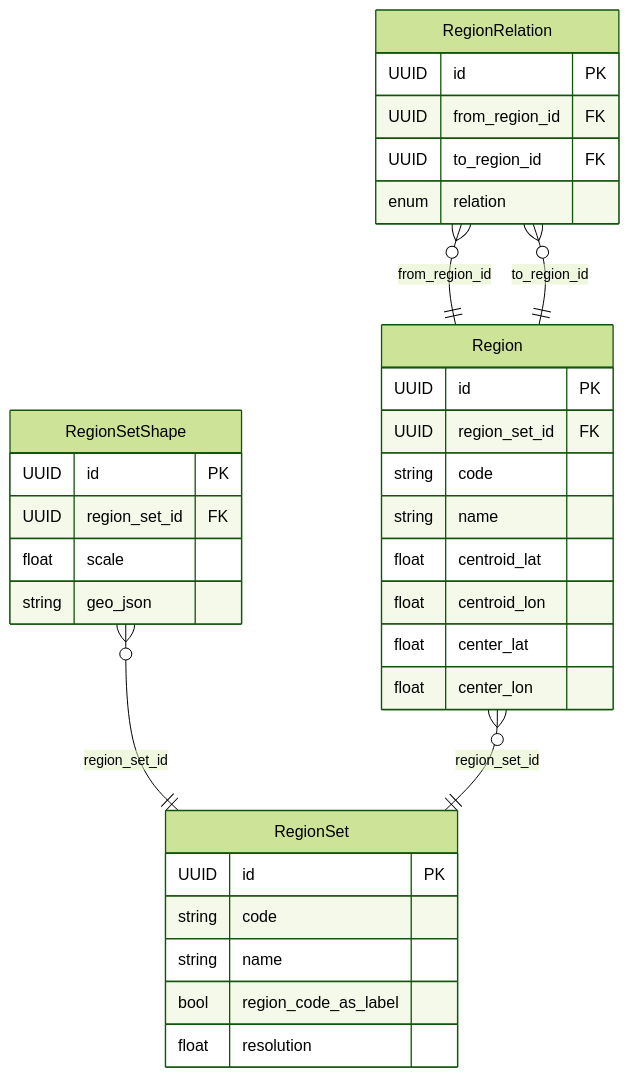
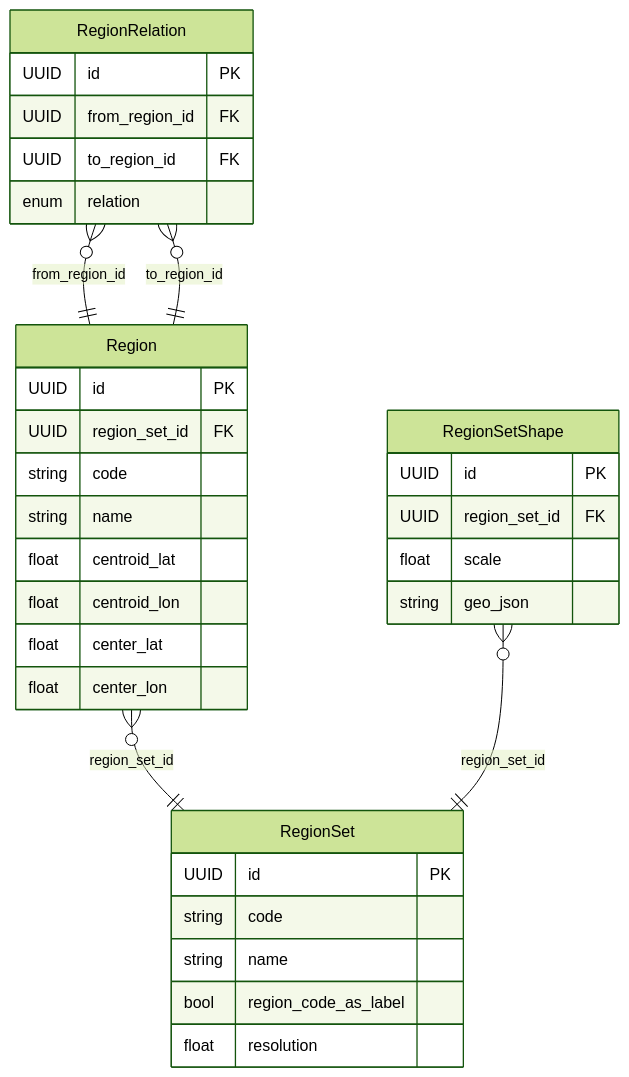
One commit to RIVM-bioinformatics/gen-epix-api changed the diagram in docs/erm/casedb.geo.detailed.md. Above: the diagram before and after it, drawn with Mermaid (forest theme). The commit also changed other lines of this file and 161 other files, not shown here.

````diff
--- a/docs/erm/casedb.geo.detailed.md
+++ b/docs/erm/casedb.geo.detailed.md
@@ -5,45 +5,45 @@
 ```mermaid
 erDiagram
     %% casedb / GEO (detailed)
 
     %% Relationships
     RegionRelation }o--|| Region : "from_region_id"
     RegionRelation }o--|| Region : "to_region_id"
+    Region }o--|| RegionSet : "region_set_id"
     RegionSetShape }o--|| RegionSet : "region_set_id"
-    Region }o--|| RegionSet : "region_set_id"
 
     %% Entity definitions
+    RegionSet {
+        UUID id PK
+        string code
+        string name
+        bool region_code_as_label
+        float resolution
+    }
+
     RegionRelation {
         UUID id PK
         UUID from_region_id FK
         UUID to_region_id FK
         enum relation
-    }
-
-    RegionSetShape {
-        UUID id PK
-        UUID region_set_id FK
-        float scale
-        string geo_json
     }
 
     Region {
         UUID id PK
         UUID region_set_id FK
         string code
         string name
         float centroid_lat
         float centroid_lon
         float center_lat
         float center_lon
     }
 
-    RegionSet {
+    RegionSetShape {
         UUID id PK
-        string code
-        string name
-        bool region_code_as_label
-        float resolution
+        UUID region_set_id FK
+        float scale
+        string geo_json
     }
 
 ```
````
